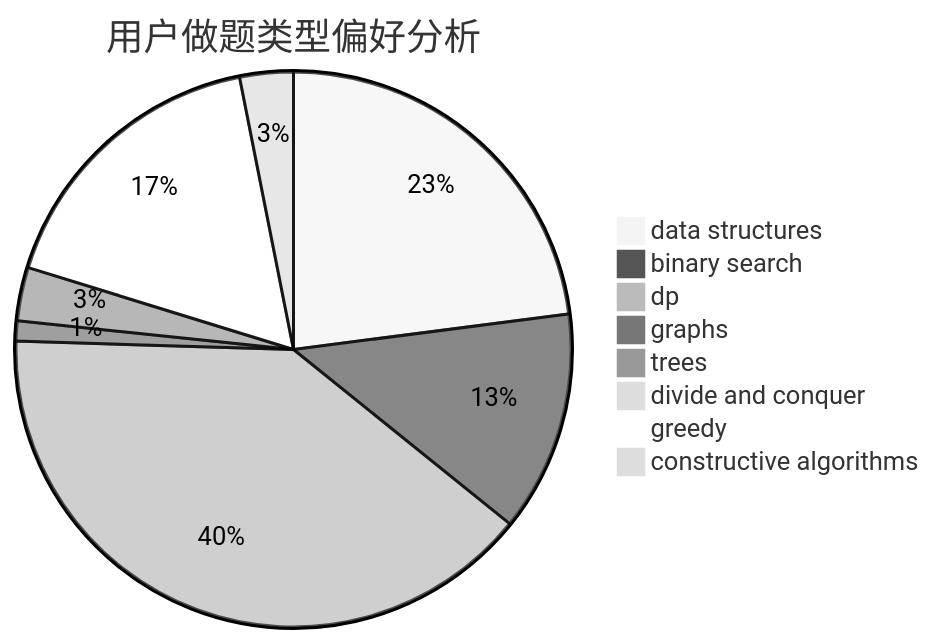
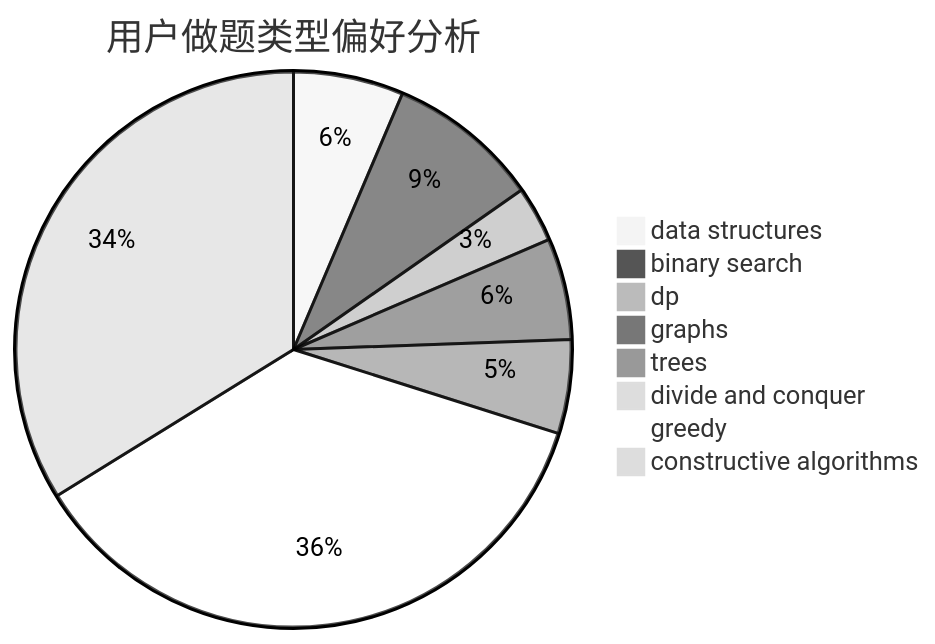
Before and after one commit to sherpahu/cfrs.github.io: the second of 3 diagrams in docs/user/u1049.md, drawn with Mermaid (neutral theme). The commit also changed other lines of this file and 2770 other files, not shown here.

````diff
--- a/docs/user/u1049.md
+++ b/docs/user/u1049.md
@@ -23,11 +23,11 @@
 ```mermaid
 pie title 用户做题类型偏好分析
-    "data structures" :  59
-    "binary search" :  33
-    "dp" :  102
-    "graphs" :  3
-    "trees" :  8
-    "divide and conquer" :  0
-    "greedy" :  44
-    "constructive algorithms" :  8
+    "data structures" :  75
+    "binary search" :  104
+    "dp" :  38
+    "graphs" :  69
+    "trees" :  64
+    "divide and conquer" :  9
+    "greedy" :  425
+    "constructive algorithms" :  396
 ```
````
